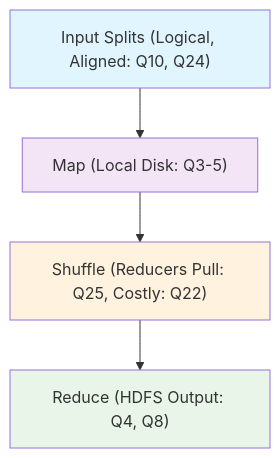
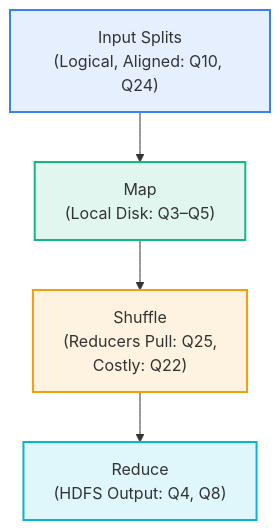
One commit to MadeInShineA/hei-course-summaries changed the third of 5 diagrams in 302.1-data-computation/summaries/spark.md. Above: the diagram before and after it, drawn with Mermaid. The commit also changed other lines of this file, not shown here.

Commit message:
Fixed graphs in spark.md

````diff
--- a/302.1-data-computation/summaries/spark.md
+++ b/302.1-data-computation/summaries/spark.md
@@ -133,9 +147,10 @@
 ```mermaid
 flowchart TD
-    Input["Input Splits (Logical, Aligned: Q10, Q24)"] --> Map["Map (Local Disk: Q3-5)"]
-    Map --> Shuffle["Shuffle (Reducers Pull: Q25, Costly: Q22)"] --> Reduce["Reduce (HDFS Output: Q4, Q8)"]
-    style Input fill:#e1f5fe
-    style Map fill:#f3e5f5
-    style Shuffle fill:#fff3e0
-    style Reduce fill:#e8f5e8
+    Input["Input Splits<br/>(Logical, Aligned: Q10, Q24)"] --> Map["Map<br/>(Local Disk: Q3–Q5)"]
+    Map --> Shuffle["Shuffle<br/>(Reducers Pull: Q25,<br/>Costly: Q22)"]
+    Shuffle --> Reduce["Reduce<br/>(HDFS Output: Q4, Q8)"]
+    style Input fill:#3b82f620,stroke:#3b82f6,stroke-width:2px
+    style Map fill:#10b98120,stroke:#10b981,stroke-width:2px
+    style Shuffle fill:#f59e0b20,stroke:#f59e0b,stroke-width:2px
+    style Reduce fill:#06b6d420,stroke:#06b6d4,stroke-width:2px
 ```
````
